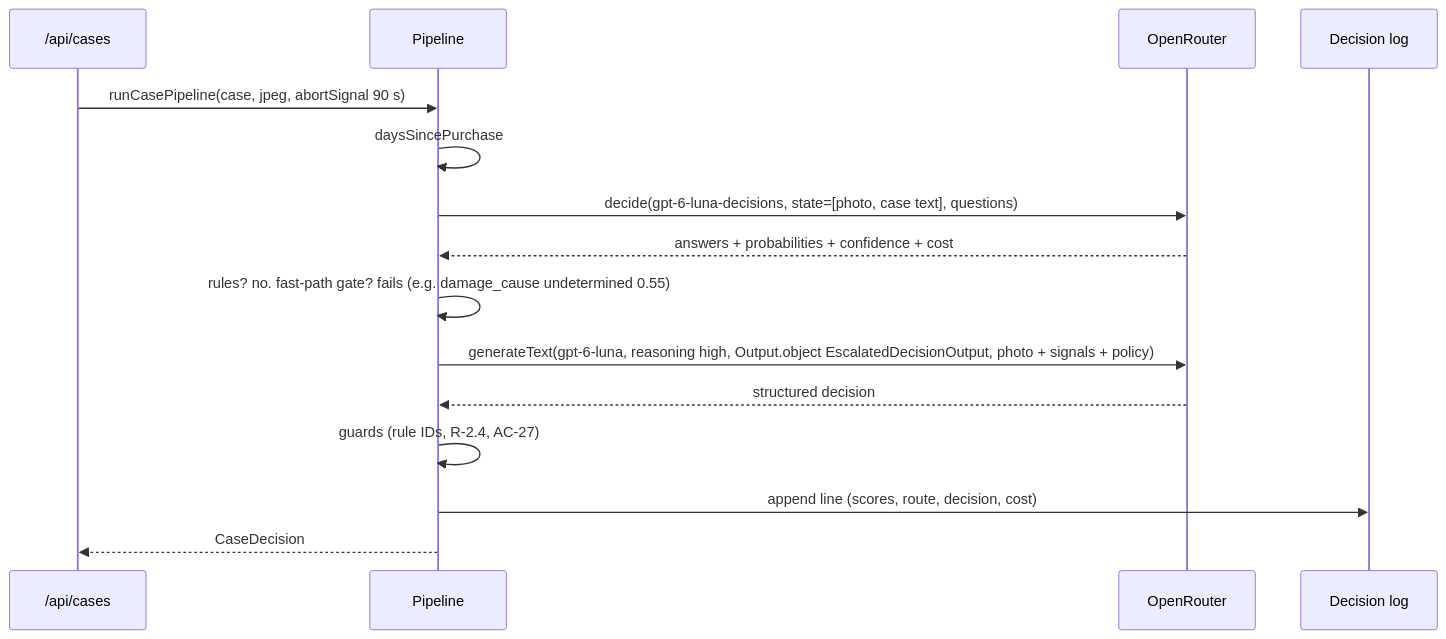
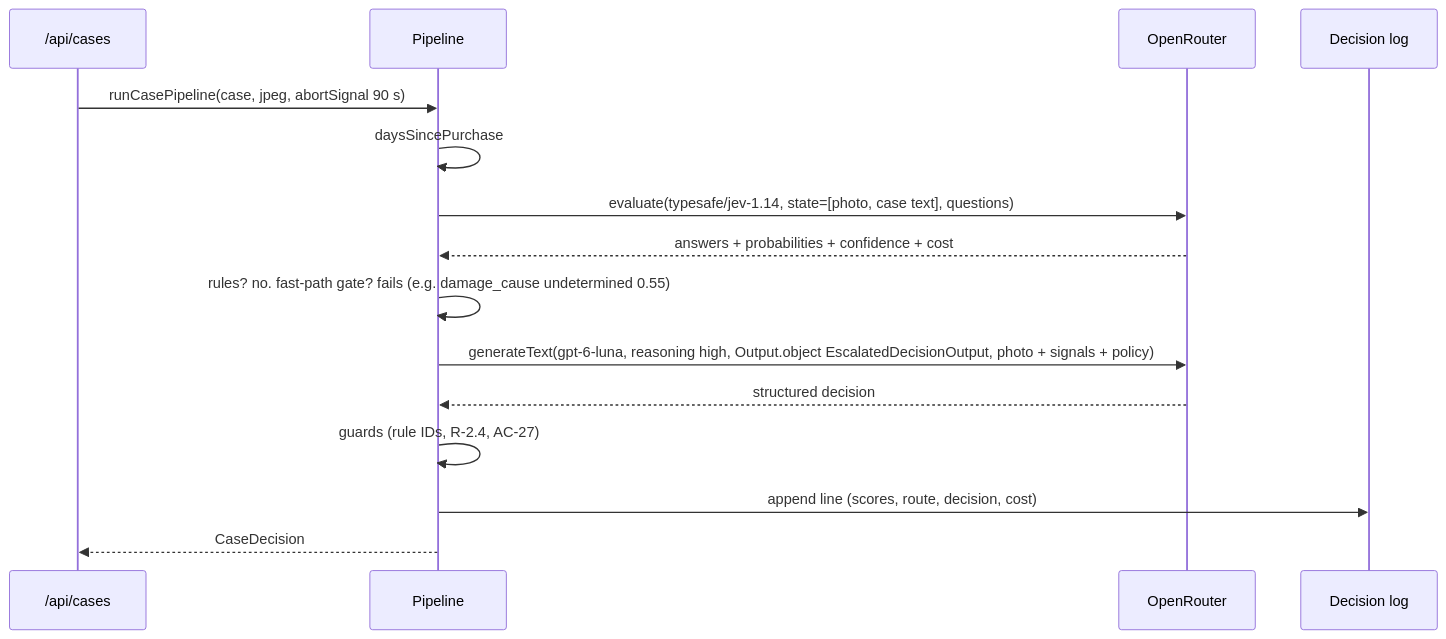
One commit to LucasMatuszewski/jsystems-ai-programming-2026-11 changed the third of 5 diagrams in docs/ADR/001-ai-decision-pipeline.md. Above: the diagram before and after it, drawn with Mermaid. The commit also changed other lines of this file and 2 other files, not shown here.

Commit message:
Docs: ADR-001 amendment A2 and plan rev. 5 for the Jev 1.14 decision model

````diff
--- a/docs/ADR/001-ai-decision-pipeline.md
+++ b/docs/ADR/001-ai-decision-pipeline.md
@@ -289,17 +291,17 @@
 ```mermaid
 sequenceDiagram
     participant H as /api/cases
     participant P as Pipeline
     participant OR as OpenRouter
     participant LG as Decision log
     H->>P: runCasePipeline(case, jpeg, abortSignal 90 s)
     P->>P: daysSincePurchase
-    P->>OR: decide(gpt-6-luna-decisions, state=[photo, case text], questions)
+    P->>OR: evaluate(typesafe/jev-1.14, state=[photo, case text], questions)
     OR-->>P: answers + probabilities + confidence + cost
     P->>P: rules? no. fast-path gate? fails (e.g. damage_cause undetermined 0.55)
     P->>OR: generateText(gpt-6-luna, reasoning high, Output.object EscalatedDecisionOutput, photo + signals + policy)
     OR-->>P: structured decision
     P->>P: guards (rule IDs, R-2.4, AC-27)
     P->>LG: append line (scores, route, decision, cost)
     P-->>H: CaseDecision
 ```
````
